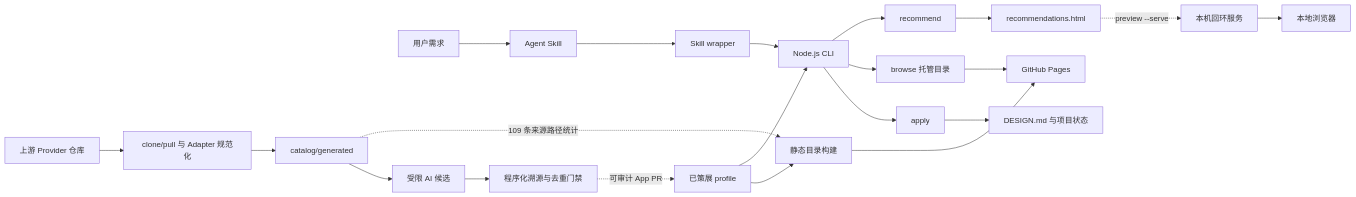
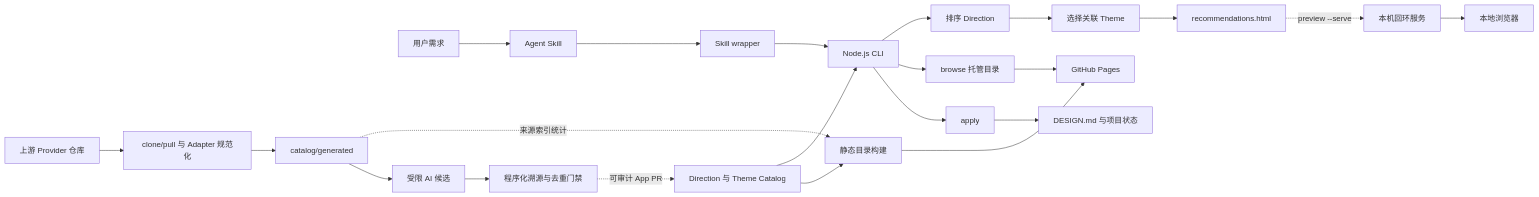
One commit to coconilu/ai-ui-style-director changed the diagram in docs/IMPLEMENTATION.zh-CN.md. Above: the diagram before and after it, drawn with Mermaid. The commit also changed other lines of this file and 30 other files, not shown here.

````diff
--- a/docs/IMPLEMENTATION.zh-CN.md
+++ b/docs/IMPLEMENTATION.zh-CN.md
@@ -13,23 +13,24 @@
 ```mermaid
 flowchart LR
   U[用户需求] --> S[Agent Skill]
   S --> W[Skill wrapper]
   W --> C[Node.js CLI]
-  K[已策展 profile] --> C
-  C --> R[recommend]
+  K[Direction 与 Theme Catalog] --> C
+  C --> R[排序 Direction]
+  R --> RT[选择关联 Theme]
   C --> B[browse 托管目录]
   C --> A[apply]
-  R --> H[recommendations.html]
+  RT --> H[recommendations.html]
   H -. preview --serve .-> L[本机回环服务]
   L --> V[本地浏览器]
   K --> X[静态目录构建]
   X --> GP[GitHub Pages]
   B --> GP
   A --> D[DESIGN.md 与项目状态]
   P[上游 Provider 仓库] --> G[clone/pull 与 Adapter 规范化]
   G --> I[catalog/generated]
-  I -. 109 条来源路径统计 .-> X
+  I -. 来源索引统计 .-> X
   I --> Q[受限 AI 候选]
   Q --> T[程序化溯源与去重门禁]
   T -. 可审计 App PR .-> K
 ```
````
